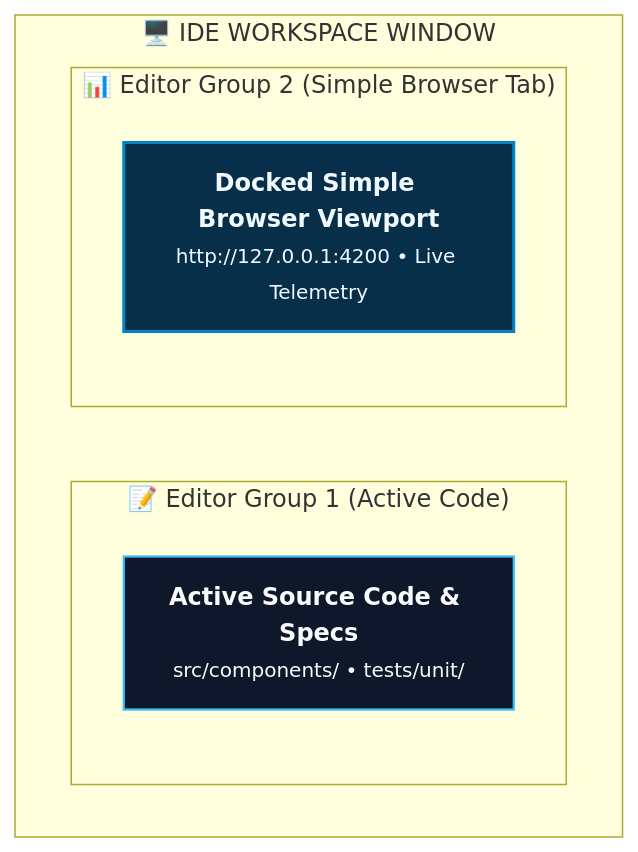
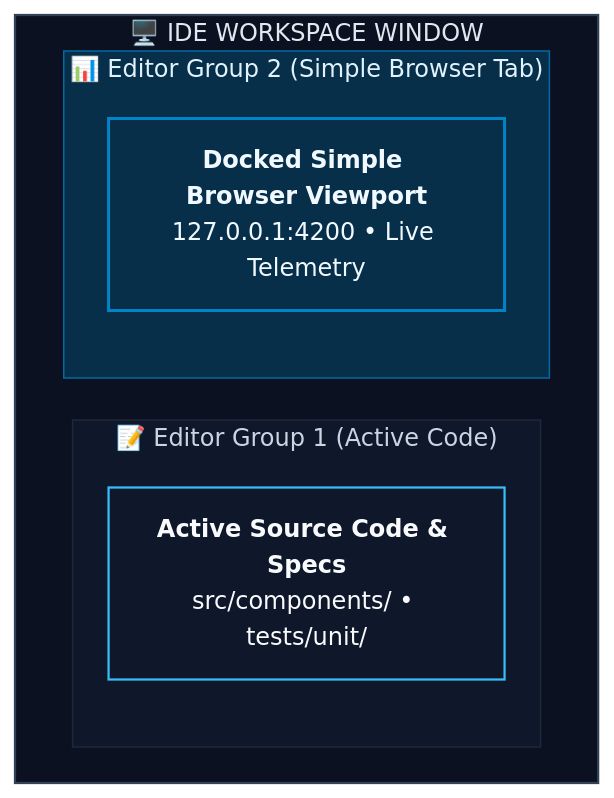
Before and after one commit to ChandanAY-24/Agentic-Development-ChandanAY: the third of 4 diagrams in SDD-Vibe-Framework/Project-Manager-Dashboard/README.md, drawn with Mermaid. The commit also changed other lines of this file and 13 other files, not shown here.

Commit message:
docs: polish Mermaid diagrams across READMEs and guides

````diff
--- a/SDD-Vibe-Framework/Project-Manager-Dashboard/README.md
+++ b/SDD-Vibe-Framework/Project-Manager-Dashboard/README.md
@@ -106,15 +133,22 @@
 ```mermaid
+%%{init: {'flowchart': {'curve': 'basis', 'padding': 16, 'nodeSpacing': 28, 'rankSpacing': 40}}}%%
 flowchart LR
     classDef code fill:#0f172a,stroke:#38bdf8,stroke-width:1.5px,color:#f8fafc;
     classDef dash fill:#082f49,stroke:#0284c7,stroke-width:2px,color:#f0f9ff;
 
     subgraph IDEWindow ["🖥️ IDE WORKSPACE WINDOW"]
         direction LR
         subgraph Col1 ["📝 Editor Group 1 (Active Code)"]
-            Code["<b>Active Source Code & Specs</b><br/><small>src/components/ • tests/unit/</small>"]:::code
+            Code["`**Active Source Code & Specs**
+src/components/ • tests/unit/`"]:::code
         end
         subgraph Col2 ["📊 Editor Group 2 (Simple Browser Tab)"]
-            Dash["<b>Docked Simple Browser Viewport</b><br/><small>http://127.0.0.1:4200 • Live Telemetry</small>"]:::dash
+            Dash["`**Docked Simple Browser Viewport**
+127.0.0.1:4200 • Live Telemetry`"]:::dash
         end
     end
+
+    style IDEWindow fill:#0b1120,stroke:#334155,stroke-width:1.5px,color:#e2e8f0
+    style Col1 fill:#0f172a,stroke:#1e293b,stroke-width:1px,color:#cbd5e1
+    style Col2 fill:#082f49,stroke:#0369a1,stroke-width:1px,color:#e0f2fe
 ```
````
